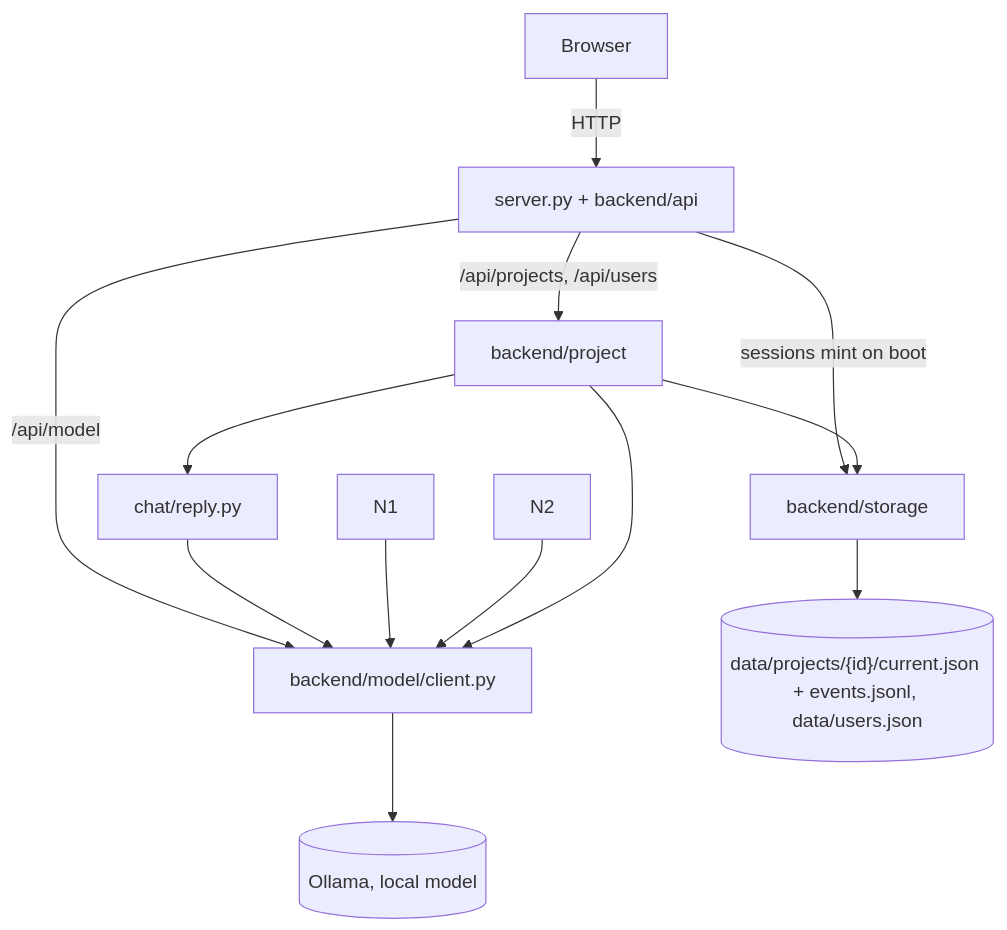
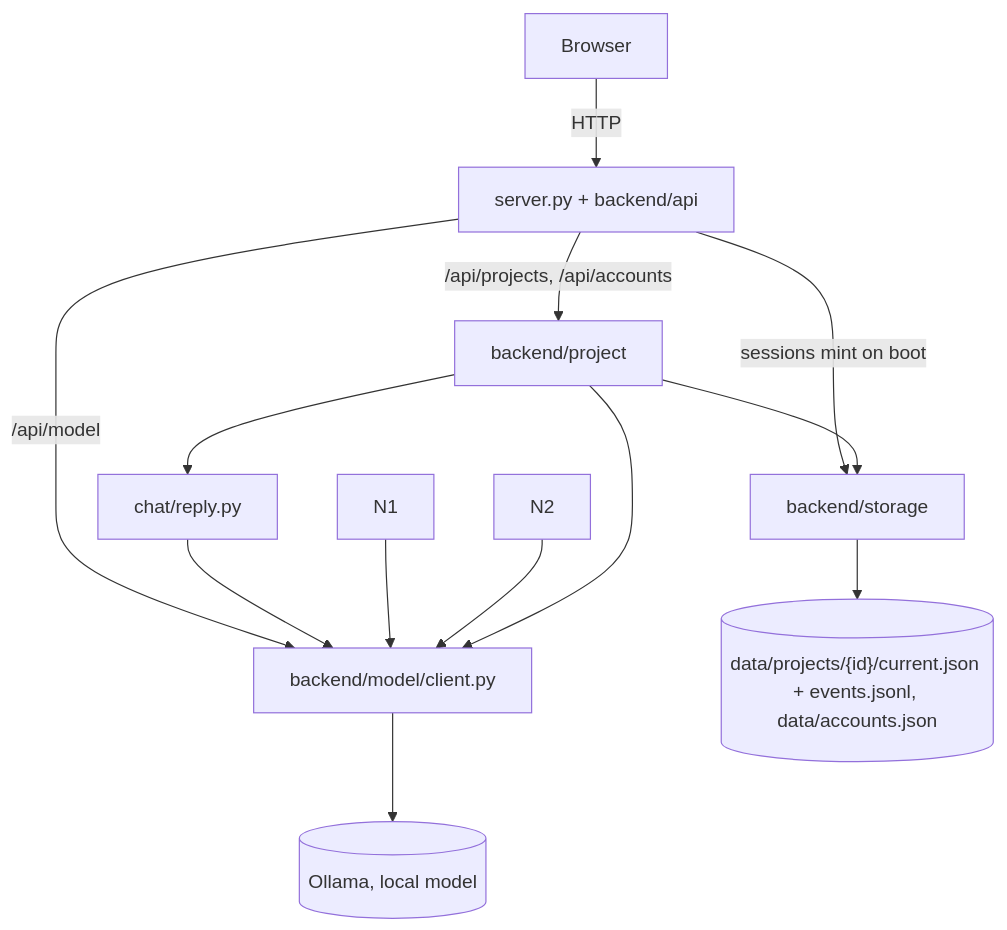
The diagram in docs/04-current-state.md (olajmn/PROJECT1), drawn with Mermaid before and after one commit. The commit also changed other lines of this file and 40 other files, not shown here.

First line of the commit message:
Add Settings Archive with restore/delete and filter; rename users store to accounts.

````diff
--- a/docs/04-current-state.md
+++ b/docs/04-current-state.md
@@ -70,15 +70,15 @@
 ```mermaid
 graph TD
     Browser -->|HTTP| Server["server.py + backend/api"]
-    Server -->|"/api/projects, /api/users"| Planning["backend/project"]
+    Server -->|"/api/projects, /api/accounts"| Planning["backend/project"]
     Server -->|"/api/model"| ModelBoundary["backend/model/client.py"]
     Server -->|"sessions mint on boot"| Storage["backend/storage"]
     Planning --> Reply["chat/reply.py"]
     Reply --> ModelBoundary
     Planning --> Storage
     N1 --> ModelBoundary
     N2 --> ModelBoundary
     Planning --> ModelBoundary
     ModelBoundary --> Ollama[("Ollama, local model")]
-    Storage --> Data[("data/projects/{id}/current.json + events.jsonl, data/users.json")]
+    Storage --> Data[("data/projects/{id}/current.json + events.jsonl, data/accounts.json")]
 ```
````
